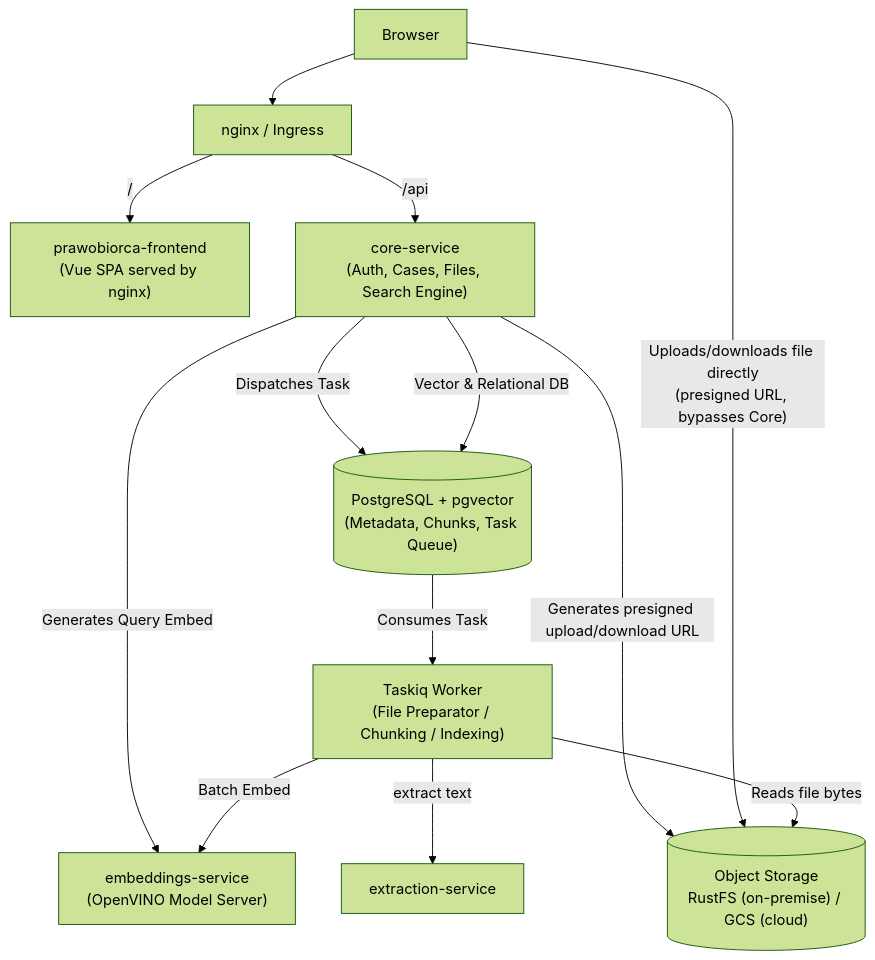
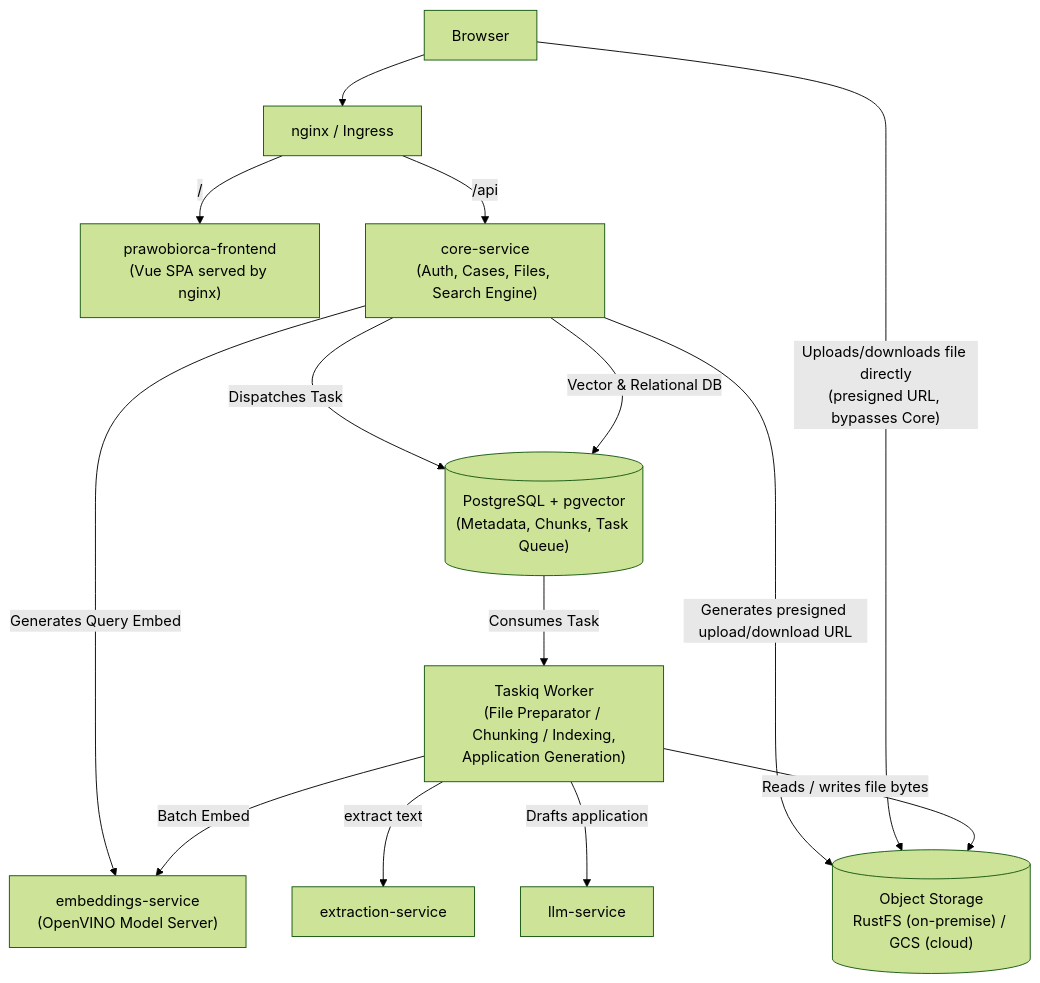
The first of 2 diagrams in docs/architecture/architecture.md (ErykMikolajewicz/prawobiorca), drawn with Mermaid (forest theme) before and after one commit. The commit also changed other lines of this file and 35 other files, not shown here.

````diff
--- a/docs/architecture/architecture.md
+++ b/docs/architecture/architecture.md
@@ -19,25 +19,27 @@
 ```mermaid
 flowchart TD
     Browser["Browser"]
     Ingress["nginx / Ingress"]
     Frontend["prawobiorca-frontend<br/>(Vue SPA served by nginx)"]
     Core["core-service<br/>(Auth, Cases, Files, Search Engine)"]
-    Worker["Taskiq Worker<br/>(File Preparator / Chunking / Indexing)"]
+    Worker["Taskiq Worker<br/>(File Preparator / Chunking / Indexing,<br/>Application Generation)"]
     Embeddings["embeddings-service<br/>(OpenVINO Model Server)"]
     Extraction["extraction-service"]
+    LLM["llm-service"]
     DB[("PostgreSQL + pgvector<br/>(Metadata, Chunks, Task Queue)")]
     Storage[("Object Storage<br/>RustFS (on-premise) / GCS (cloud)")]
 
     Browser --> Ingress
     Ingress -->|"/"| Frontend
     Ingress -->|"/api"| Core
     Core -->|Dispatches Task| DB
     Core -->|Generates Query Embed| Embeddings
     Core -->|Vector & Relational DB| DB
     Core -->|"Generates presigned upload/download URL"| Storage
     Browser -->|"Uploads/downloads file directly<br/>(presigned URL, bypasses Core)"| Storage
     DB -->|Consumes Task| Worker
     Worker -->|Batch Embed| Embeddings
     Worker -->|extract text| Extraction
-    Worker -->|Reads file bytes| Storage
+    Worker -->|Drafts application| LLM
+    Worker -->|"Reads / writes file bytes"| Storage
 ```
````
